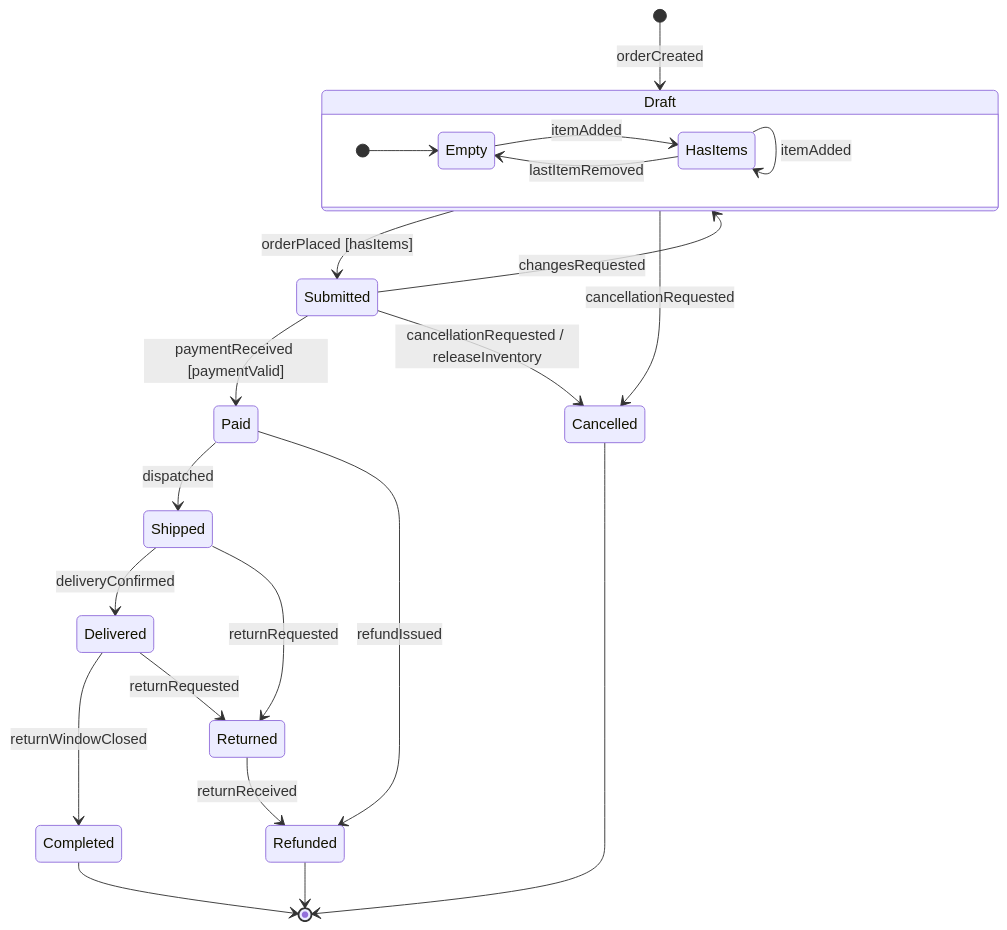
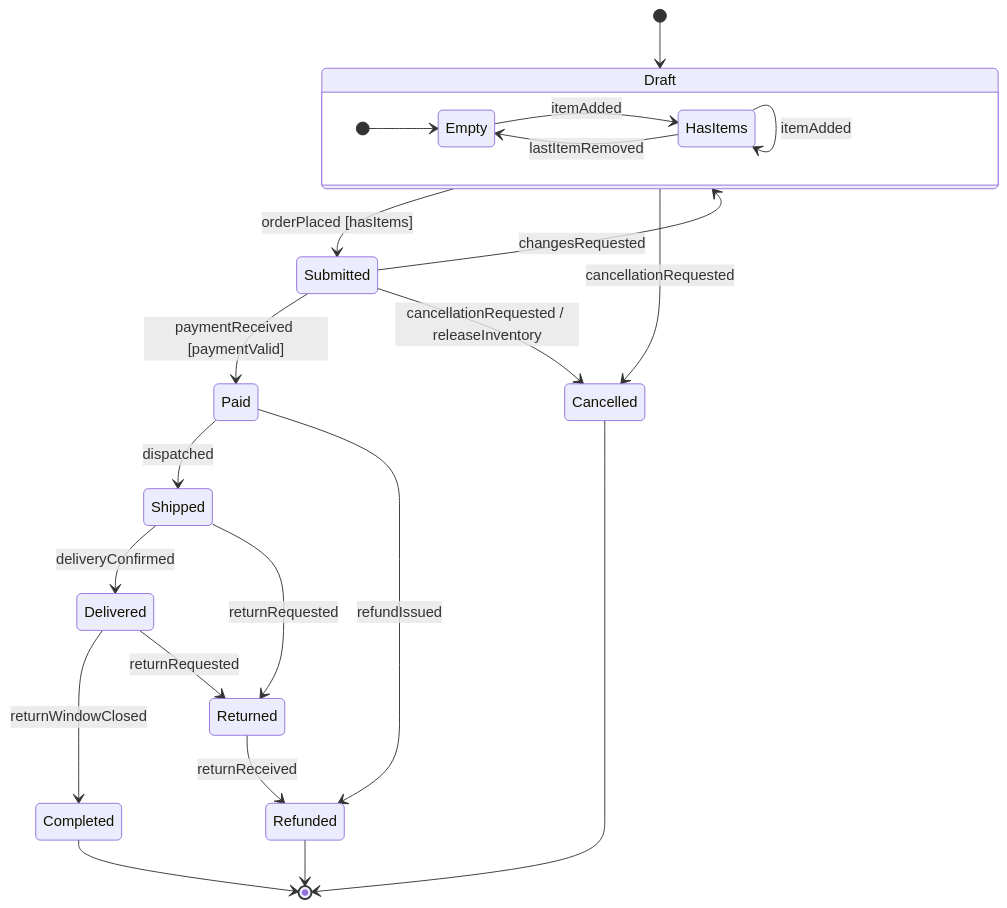
Before and after one commit to jasonraimondi/dotfiles: the first of 2 diagrams in skills/state-machines/DOCUMENTATION.md, drawn with Mermaid. The commit also changed other lines of this file and 3 other files, not shown here.

````diff
--- a/skills/state-machines/DOCUMENTATION.md
+++ b/skills/state-machines/DOCUMENTATION.md
@@ -47,34 +50,34 @@
 ```mermaid
 stateDiagram-v2
-    [*] --> Draft : orderCreated
+    [*] --> Draft
 
     state Draft {
         direction LR
         [*] --> Empty
         Empty --> HasItems : itemAdded
         HasItems --> HasItems : itemAdded
         HasItems --> Empty : lastItemRemoved
     }
 
     Draft --> Submitted : orderPlaced [hasItems]
     Draft --> Cancelled : cancellationRequested
 
     Submitted --> Paid : paymentReceived [paymentValid]
     Submitted --> Cancelled : cancellationRequested / releaseInventory
     Submitted --> Draft : changesRequested
 
     Paid --> Shipped : dispatched
     Paid --> Refunded : refundIssued
 
     Shipped --> Delivered : deliveryConfirmed
     Shipped --> Returned : returnRequested
 
     Delivered --> Completed : returnWindowClosed
     Delivered --> Returned : returnRequested
 
     Returned --> Refunded : returnReceived
 
     Completed --> [*]
     Refunded --> [*]
     Cancelled --> [*]
 ```
````
